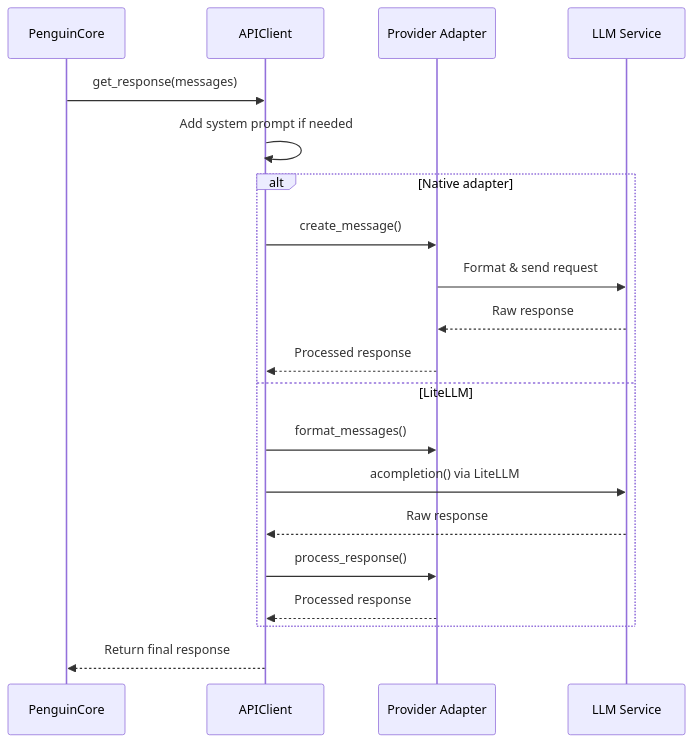
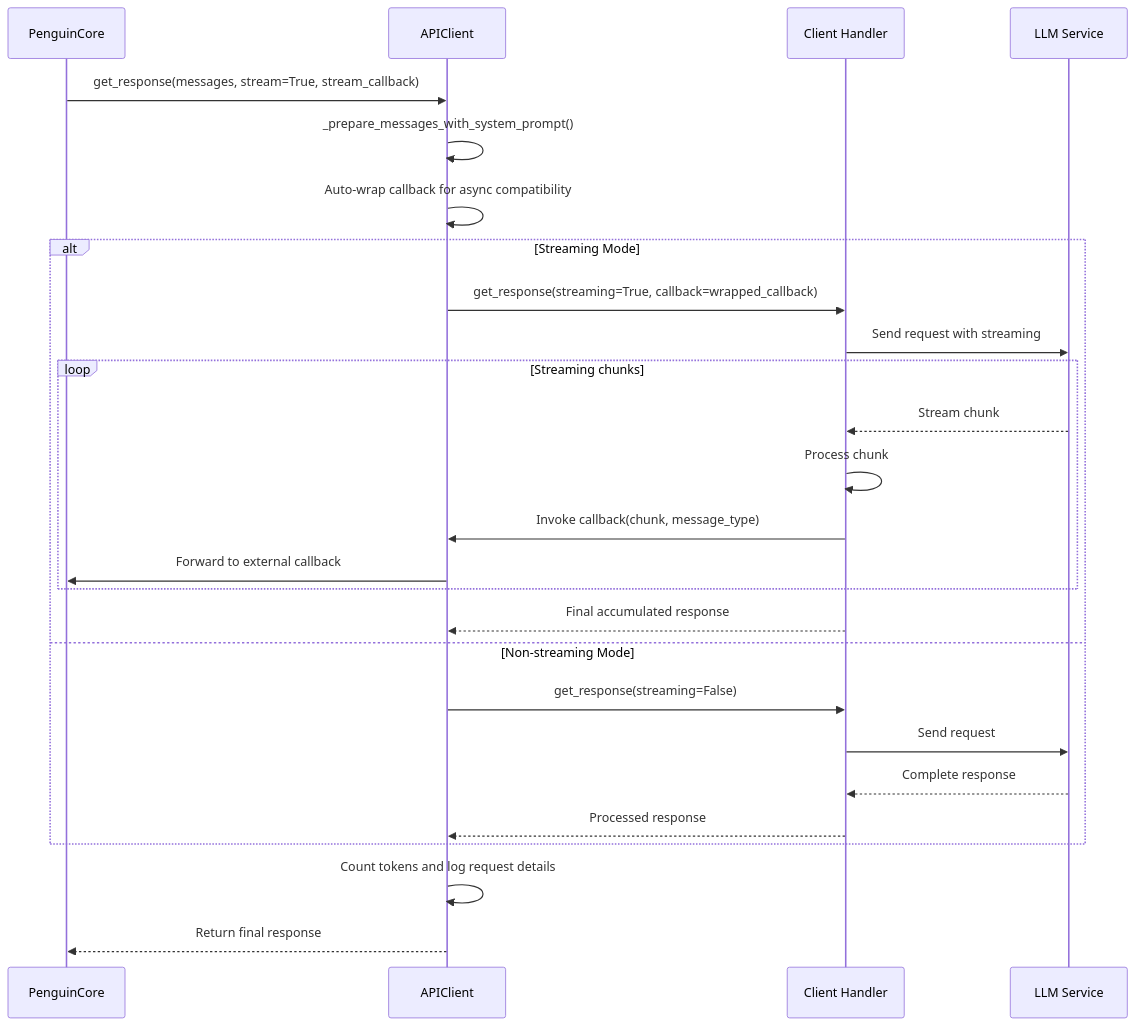
One commit to Maximooch/penguin changed the third of 3 diagrams in docs/docs/api_reference/api_client.md. Above: the diagram before and after it, drawn with Mermaid. The commit also changed other lines of this file and 6 other files, not shown here.

````diff
--- a/docs/docs/api_reference/api_client.md
+++ b/docs/docs/api_reference/api_client.md
@@ -117,26 +110,31 @@
 ```mermaid
 sequenceDiagram
     participant Core as PenguinCore
     participant API as APIClient
-    participant Adapter as Provider Adapter
+    participant Handler as Client Handler
     participant LLM as LLM Service
-    
-    Core->>API: get_response(messages)
-    
-    API->>API: Add system prompt if needed
-    
-    alt Native adapter
-        API->>Adapter: create_message()
-        Adapter->>LLM: Format & send request
-        LLM-->>Adapter: Raw response
-        Adapter-->>API: Processed response
-    else LiteLLM
-        API->>Adapter: format_messages()
-        API->>LLM: acompletion() via LiteLLM
-        LLM-->>API: Raw response
-        API->>Adapter: process_response()
-        Adapter-->>API: Processed response
+
+    Core->>API: get_response(messages, stream=True, stream_callback)
+    API->>API: _prepare_messages_with_system_prompt()
+    API->>API: Auto-wrap callback for async compatibility
+
+    alt Streaming Mode
+        API->>Handler: get_response(streaming=True, callback=wrapped_callback)
+        Handler->>LLM: Send request with streaming
+        loop Streaming chunks
+            LLM-->>Handler: Stream chunk
+            Handler->>Handler: Process chunk
+            Handler->>API: Invoke callback(chunk, message_type)
+            API->>Core: Forward to external callback
+        end
+        Handler-->>API: Final accumulated response
+    else Non-streaming Mode
+        API->>Handler: get_response(streaming=False)
+        Handler->>LLM: Send request
+        LLM-->>Handler: Complete response
+        Handler-->>API: Processed response
     end
-    
+
+    API->>API: Count tokens and log request details
     API-->>Core: Return final response
 ```
````
